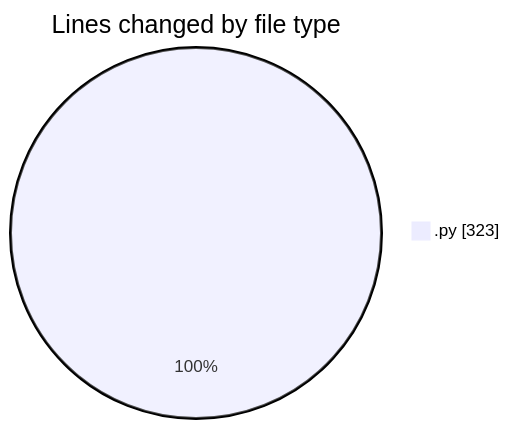
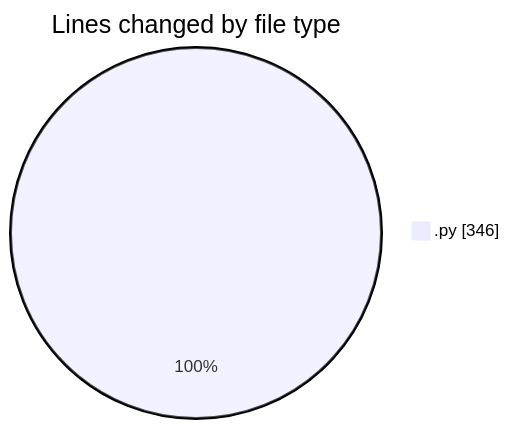
Before and after one commit to MatusMokan/code-tracking: the first of 2 diagrams in 2025-01-12/myws__workspace_/README.md, drawn with Mermaid. The commit also changed other lines of this file and 1 other file, not shown here.

````diff
--- a/2025-01-12/myws__workspace_/README.md
+++ b/2025-01-12/myws__workspace_/README.md
@@ -21,5 +21,5 @@
 ```mermaid
 pie showData
 title Lines changed by file type
-".py" : 323
+".py" : 346
 ```
````
